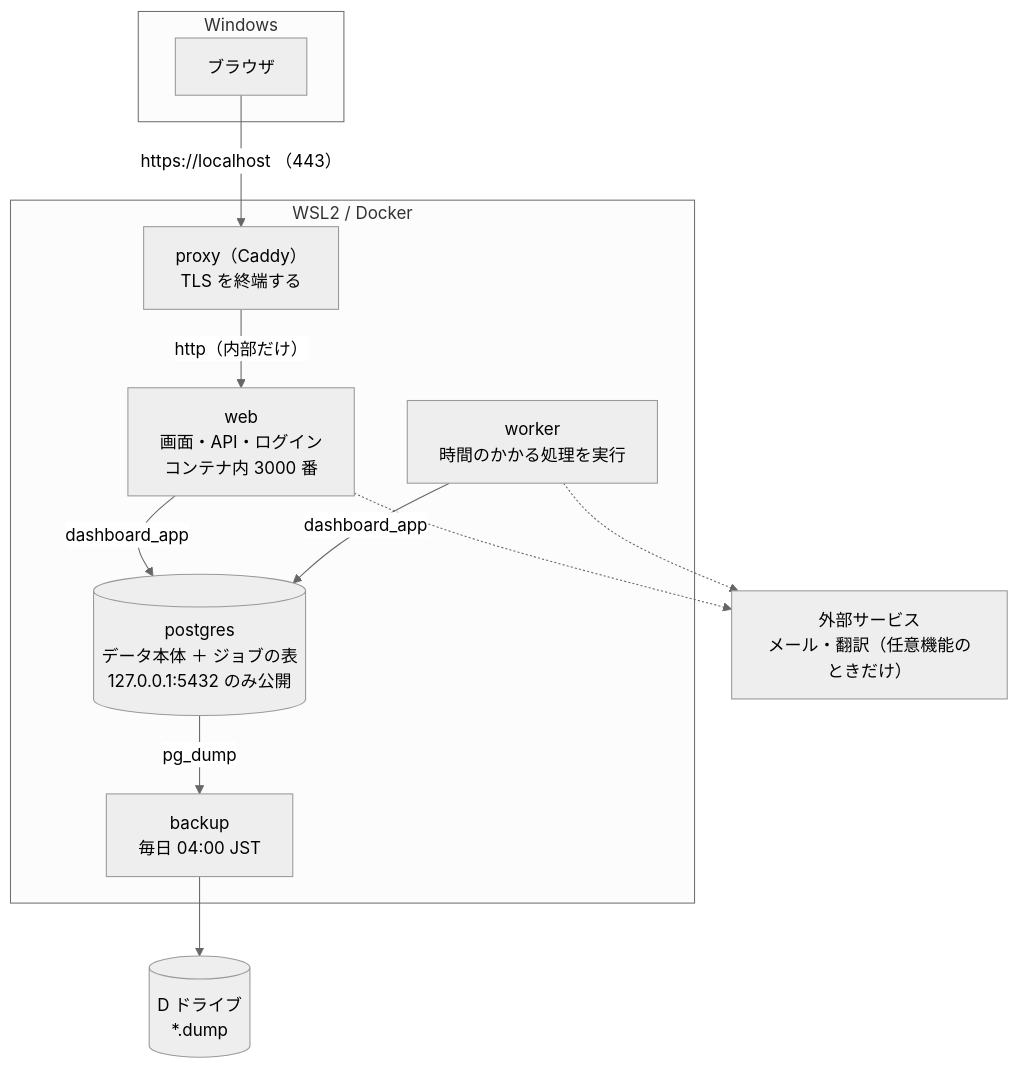
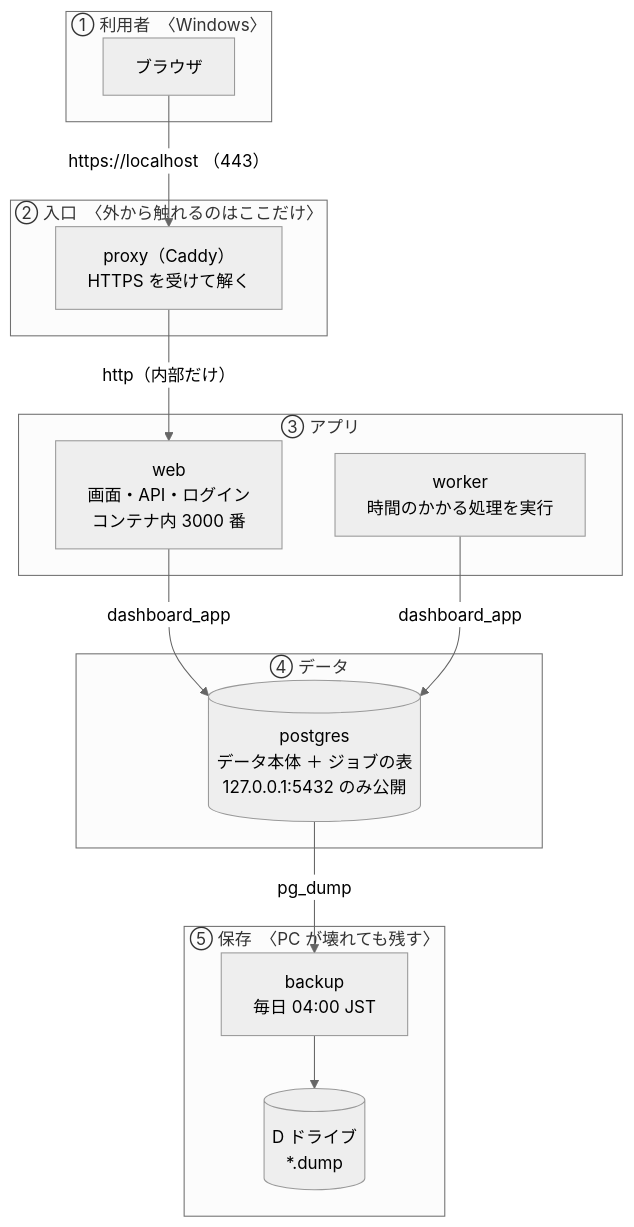
One commit to yusa1021-hue/share changed the first of 8 diagrams in ARCHITECTURE.md. Above: the diagram before and after it, drawn with Mermaid (neutral theme). The commit also changed other lines of this file, not shown here.

````diff
--- a/ARCHITECTURE.md
+++ b/ARCHITECTURE.md
@@ -17,24 +19,27 @@
 ```mermaid
 flowchart TB
-  subgraph WIN["Windows"]
+  subgraph L1["① 利用者　〈Windows〉"]
     B["ブラウザ"]
   end
-  subgraph WSL["WSL2 / Docker"]
-    P["proxy（Caddy）<br/>TLS を終端する"]
+  subgraph L2["② 入口　〈外から触れるのはここだけ〉"]
+    P["proxy（Caddy）<br/>HTTPS を受けて解く"]
+  end
+  subgraph L3["③ アプリ"]
     W["web<br/>画面・API・ログイン<br/>コンテナ内 3000 番"]
     K["worker<br/>時間のかかる処理を実行"]
+  end
+  subgraph L4["④ データ"]
     DB[("postgres<br/>データ本体 ＋ ジョブの表<br/>127.0.0.1:5432 のみ公開")]
+  end
+  subgraph L5["⑤ 保存　〈PC が壊れても残す〉"]
     BK["backup<br/>毎日 04:00 JST"]
+    DRV[("D ドライブ<br/>*.dump")]
   end
-  DRV[("D ドライブ<br/>*.dump")]
-  EXT["外部サービス<br/>メール・翻訳（任意機能のときだけ）"]
 
   B -->|"https://localhost （443）"| P
   P -->|"http（内部だけ）"| W
   W -->|"dashboard_app"| DB
   K -->|"dashboard_app"| DB
   DB -->|"pg_dump"| BK
   BK --> DRV
-  W -.-> EXT
-  K -.-> EXT
 ```
````
